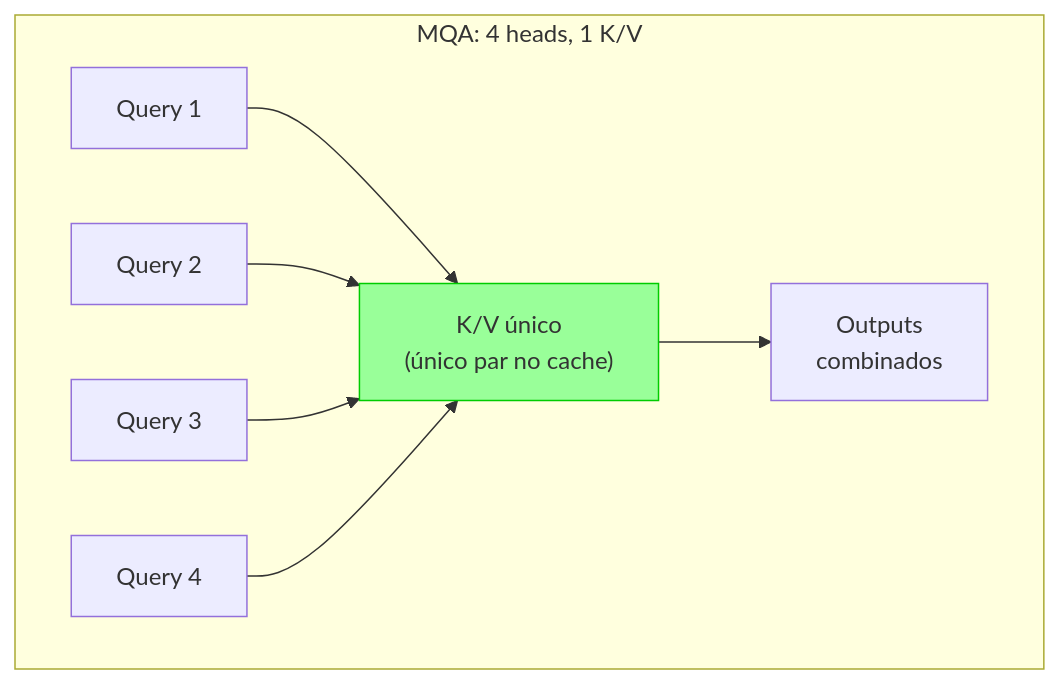
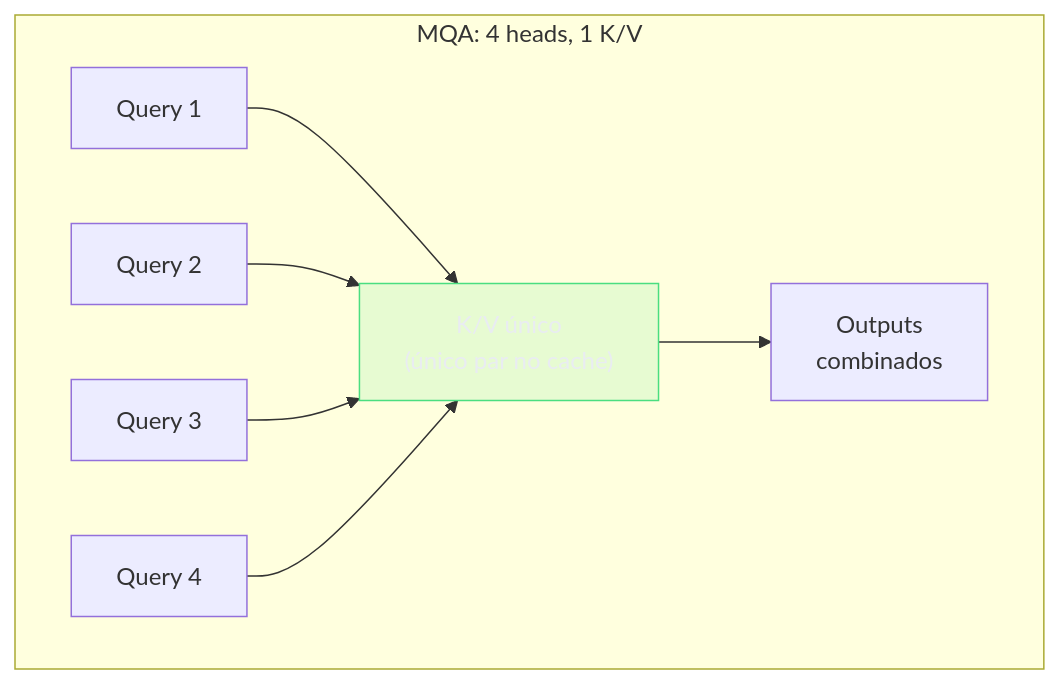
One commit to josenaldo/codex-technomanticus changed the second of 5 diagrams in 03-Dominios/Tecnologia/IA/Anatomia dos LLMs/04b - Encolhendo o KV cache — MHA, MQA, GQA, MLA.md. Above: the diagram before and after it, drawn with Mermaid. The commit also changed other lines of this file and 1181 other files, not shown here.

First line of the commit message:
fix(diagramas): paleta do sistema no lugar de cor cravada no markdown

````diff
--- a/03-Dominios/Tecnologia/IA/Anatomia dos LLMs/04b - Encolhendo o KV cache — MHA, MQA, GQA, MLA.md
+++ b/03-Dominios/Tecnologia/IA/Anatomia dos LLMs/04b - Encolhendo o KV cache — MHA, MQA, GQA, MLA.md
@@ -89,12 +93,13 @@
 ```mermaid
 graph TD
+    classDef ok fill:#4ADE8021,stroke:#4ADE80,color:#E9ECF2
     subgraph "MQA: 4 heads, 1 K/V"
         KV["K/V único\n(único par no cache)"]
         Q1["Query 1"] --> KV
         Q2["Query 2"] --> KV
         Q3["Query 3"] --> KV
         Q4["Query 4"] --> KV
         KV --> O["Outputs\ncombinados"]
     end
-    style KV fill:#99ff99,stroke:#00cc00
+    class KV ok
 ```
````
